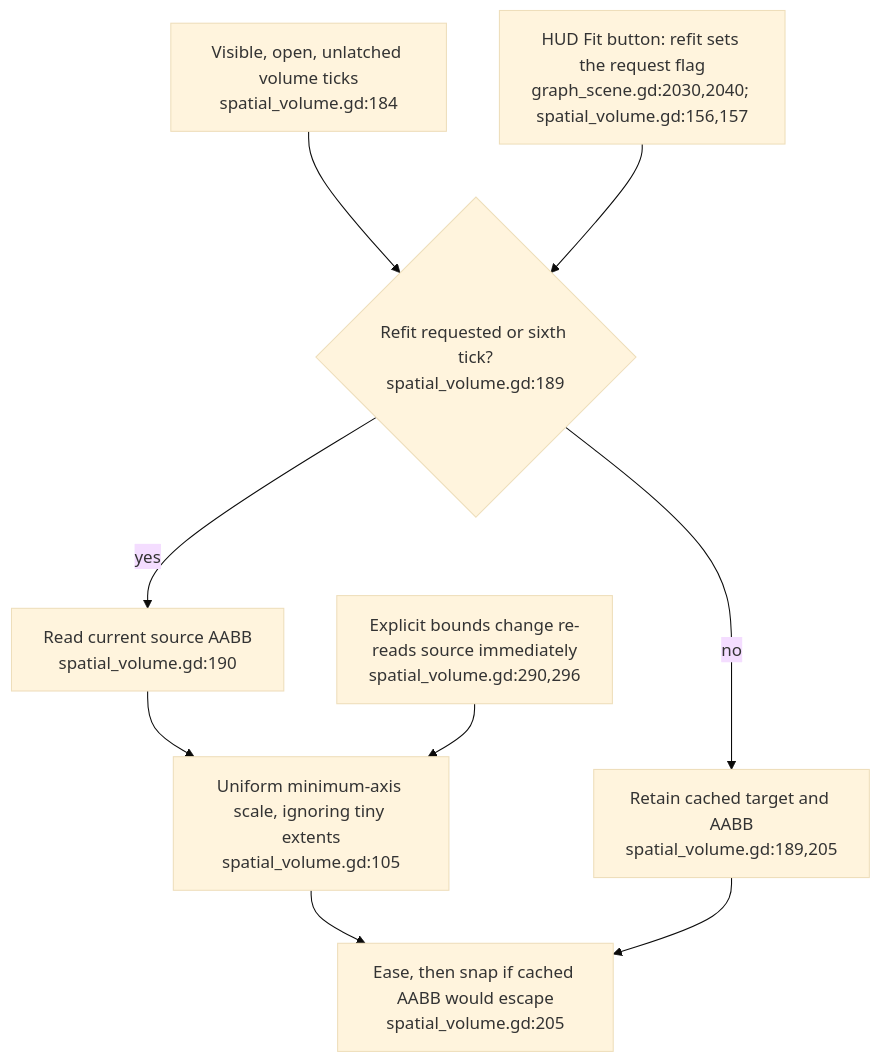
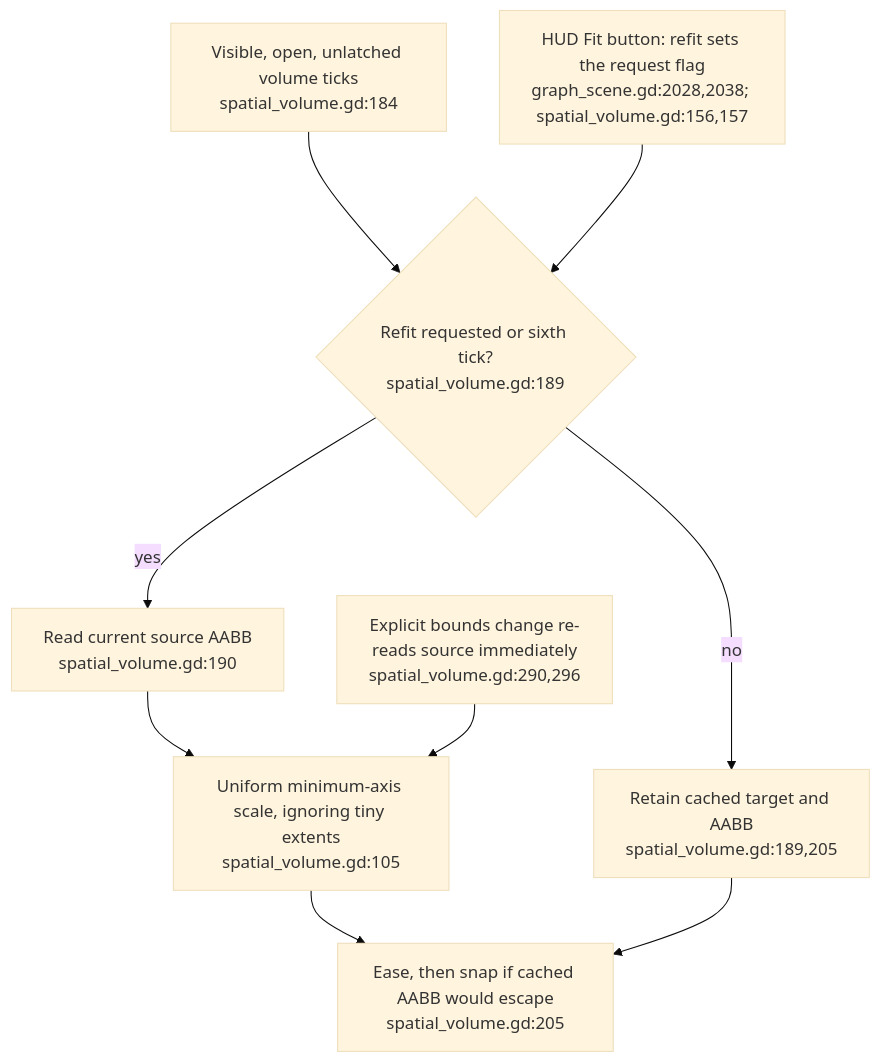
One commit to DreamLab-AI/VisionFlow changed the second of 3 diagrams in docs/diagrams/visionclaw/46-spatial-volume-fit-and-link-budget.md. Above: the diagram before and after it, drawn with Mermaid (base theme). The commit also changed other lines of this file and 7 other files, not shown here.

First line of the commit message:
diagrams(visionclaw): re-verify VC-43..VC-50 at visionclaw 4900ec6

````diff
--- a/docs/diagrams/visionclaw/46-spatial-volume-fit-and-link-budget.md
+++ b/docs/diagrams/visionclaw/46-spatial-volume-fit-and-link-budget.md
@@ -53,11 +53,11 @@
 ```mermaid
 flowchart TD
     TICK["Visible, open, unlatched volume ticks<br/>spatial_volume.gd:184"] --> DUE{"Refit requested or sixth tick?<br/>spatial_volume.gd:189"}
     DUE -->|yes| READ["Read current source AABB<br/>spatial_volume.gd:190"]
     READ --> FIT["Uniform minimum-axis scale, ignoring tiny extents<br/>spatial_volume.gd:105"]
     DUE -->|no| CACHE["Retain cached target and AABB<br/>spatial_volume.gd:189,205"]
     FIT --> CHECK["Ease, then snap if cached AABB would escape<br/>spatial_volume.gd:205"]
     CACHE --> CHECK
     BOUNDS["Explicit bounds change re-reads source immediately<br/>spatial_volume.gd:290,296"] --> FIT
-    FITBTN["HUD Fit button: refit sets the request flag<br/>graph_scene.gd:2030,2040; spatial_volume.gd:156,157"] --> DUE
+    FITBTN["HUD Fit button: refit sets the request flag<br/>graph_scene.gd:2028,2038; spatial_volume.gd:156,157"] --> DUE
 ```
````
